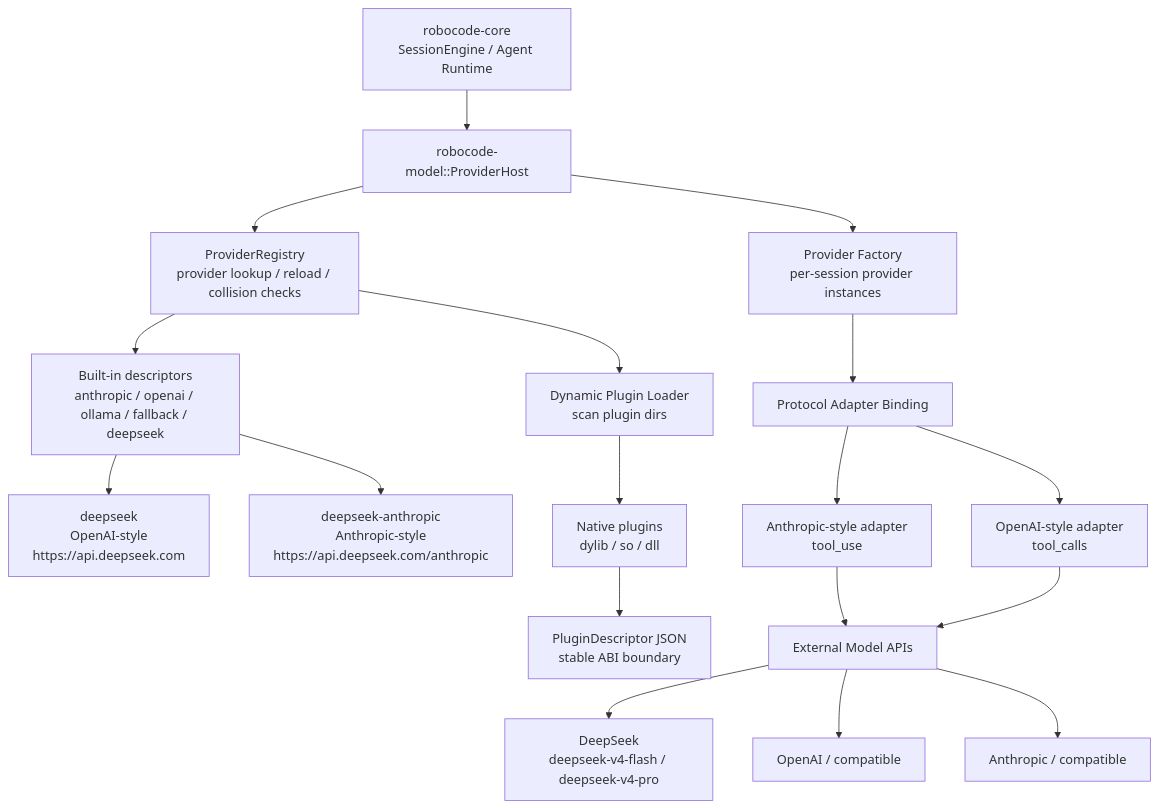
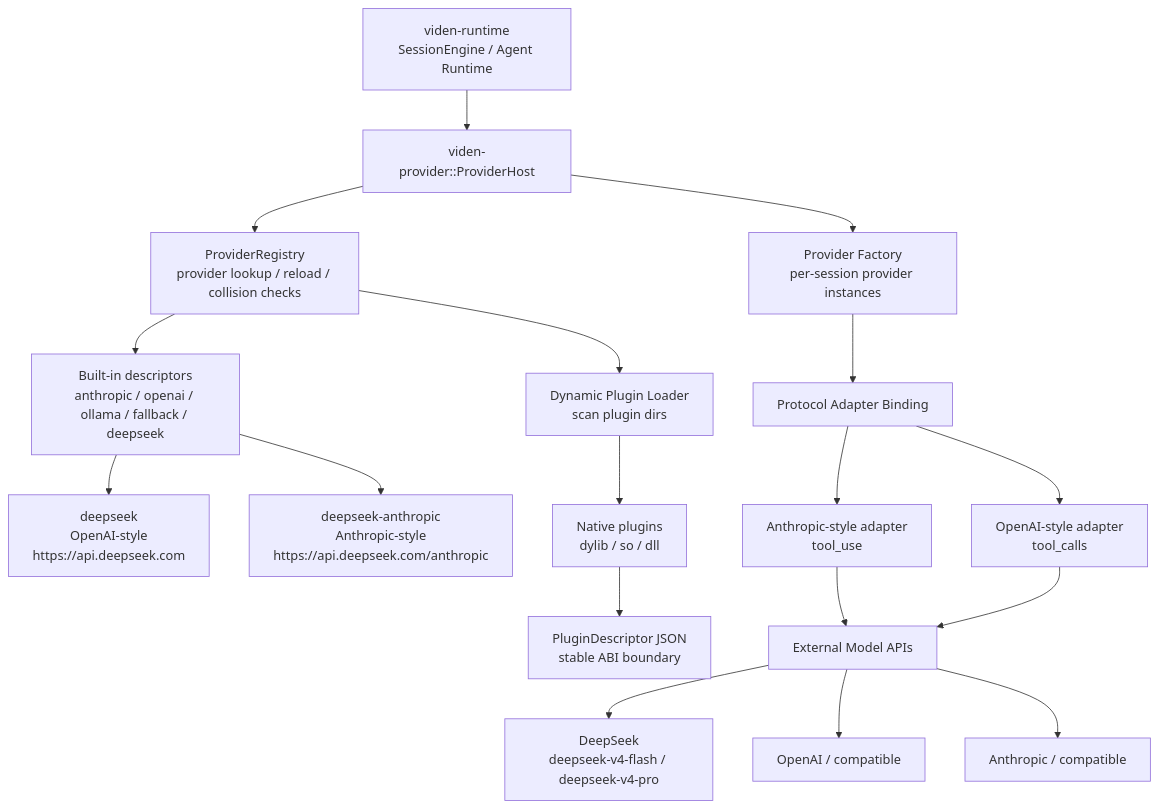
One commit to wikieden/robocode changed the second of 2 diagrams in docs/architecture.md. Above: the diagram before and after it, drawn with Mermaid. The commit also changed other lines of this file and 331 other files, not shown here.

````diff
--- a/docs/architecture.md
+++ b/docs/architecture.md
@@ -270,26 +282,26 @@
 ```mermaid
 flowchart TB
-    Core["robocode-core<br/>SessionEngine / Agent Runtime"] --> Host["robocode-model::ProviderHost"]
+    Core["viden-runtime<br/>SessionEngine / Agent Runtime"] --> Host["viden-provider::ProviderHost"]
 
     Host --> Registry["ProviderRegistry<br/>provider lookup / reload / collision checks"]
     Host --> Factory["Provider Factory<br/>per-session provider instances"]
 
     Registry --> Builtin["Built-in descriptors<br/>anthropic / openai / ollama / fallback / deepseek"]
     Registry --> PluginLoader["Dynamic Plugin Loader<br/>scan plugin dirs"]
     PluginLoader --> NativeLib["Native plugins<br/>dylib / so / dll"]
     NativeLib --> Descriptor["PluginDescriptor JSON<br/>stable ABI boundary"]
 
     Factory --> AdapterChoice["Protocol Adapter Binding"]
     AdapterChoice --> AnthropicAdapter["Anthropic-style adapter<br/>tool_use"]
     AdapterChoice --> OpenAIAdapter["OpenAI-style adapter<br/>tool_calls"]
 
     Builtin --> DeepSeekOpenAI["deepseek<br/>OpenAI-style<br/>https://api.deepseek.com"]
     Builtin --> DeepSeekAnthropic["deepseek-anthropic<br/>Anthropic-style<br/>https://api.deepseek.com/anthropic"]
 
     OpenAIAdapter --> APIs["External Model APIs"]
     AnthropicAdapter --> APIs
 
     APIs --> DeepSeekAPI["DeepSeek<br/>deepseek-v4-flash / deepseek-v4-pro"]
     APIs --> OpenAIAPI["OpenAI / compatible"]
     APIs --> AnthropicAPI["Anthropic / compatible"]
 ```
````
